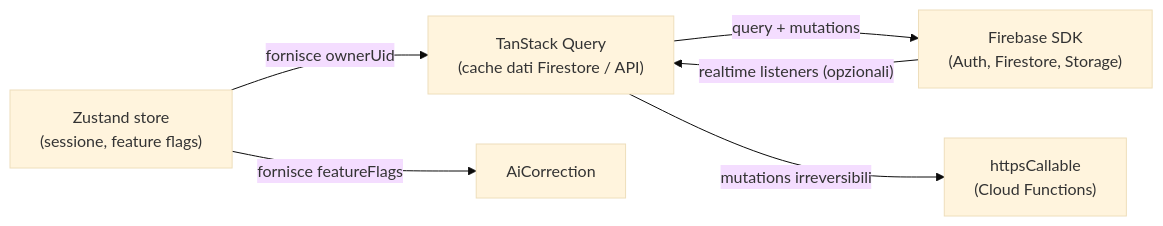
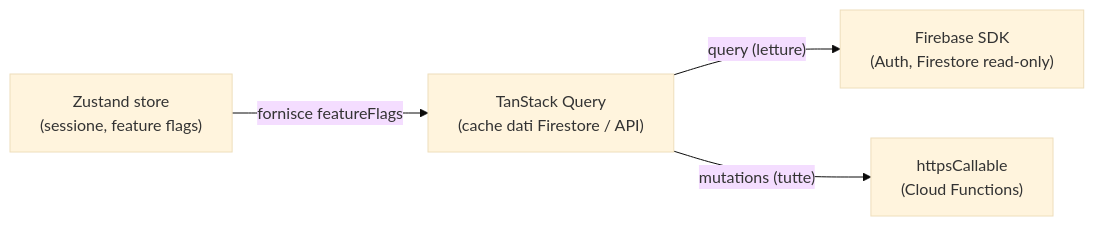
One commit to EnricoPaparo/SchoolForge changed the eighth of 8 diagrams in documentazione/diagrammi/component-frontend.md. Above: the diagram before and after it, drawn with Mermaid (base theme). The commit also changed other lines of this file and 7 other files, not shown here.

First line of the commit message:
docs: allinea i 5 diagrammi alla v2.0 e completa il README

````diff
--- a/documentazione/diagrammi/component-frontend.md
+++ b/documentazione/diagrammi/component-frontend.md
@@ -143,13 +159,11 @@
 ```mermaid
 flowchart LR
     Store["Zustand store\n(sessione, feature flags)"]
     QueryClient["TanStack Query\n(cache dati Firestore / API)"]
-    FirebaseSDK["Firebase SDK\n(Auth, Firestore, Storage)"]
+    FirebaseSDK["Firebase SDK\n(Auth, Firestore read-only)"]
     BackendCalls["httpsCallable\n(Cloud Functions)"]
 
-    Store -->|"fornisce featureFlags"| AiCorrection
-    Store -->|"fornisce ownerUid"| QueryClient
-    QueryClient -->|"query + mutations"| FirebaseSDK
-    QueryClient -->|"mutations irreversibili"| BackendCalls
-    FirebaseSDK -->|"realtime listeners (opzionali)"| QueryClient
+    Store -->|"fornisce featureFlags"| QueryClient
+    QueryClient -->|"query (letture)"| FirebaseSDK
+    QueryClient -->|"mutations (tutte)"| BackendCalls
 ```
````
